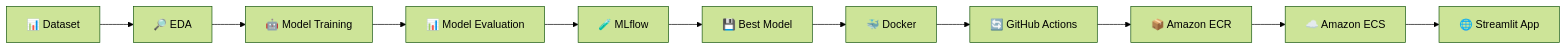
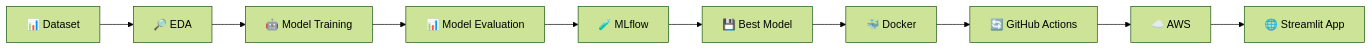
The first of 3 diagrams in README.md (Sonakunwar21/Food_Delivery_ETA_ML), drawn with Mermaid (forest theme) before and after one commit. The commit also changed other lines of this file, not shown here.

````diff
--- a/README.md
+++ b/README.md
@@ -144,14 +147,12 @@
 ```mermaid
 flowchart LR
-
     A[📊 Dataset] --> B[🔎 EDA]
     B --> C[🤖 Model Training]
     C --> D[📊 Model Evaluation]
     D --> E[🧪 MLflow]
     E --> F[💾 Best Model]
     F --> G[🐳 Docker]
     G --> H[🔄 GitHub Actions]
-    H --> I[📦 Amazon ECR]
-    I --> J[☁️ Amazon ECS]
-    J --> K[🌐 Streamlit App]
+    H --> I[☁️ AWS]
+    I --> J[🌐 Streamlit App]
 ```
````
